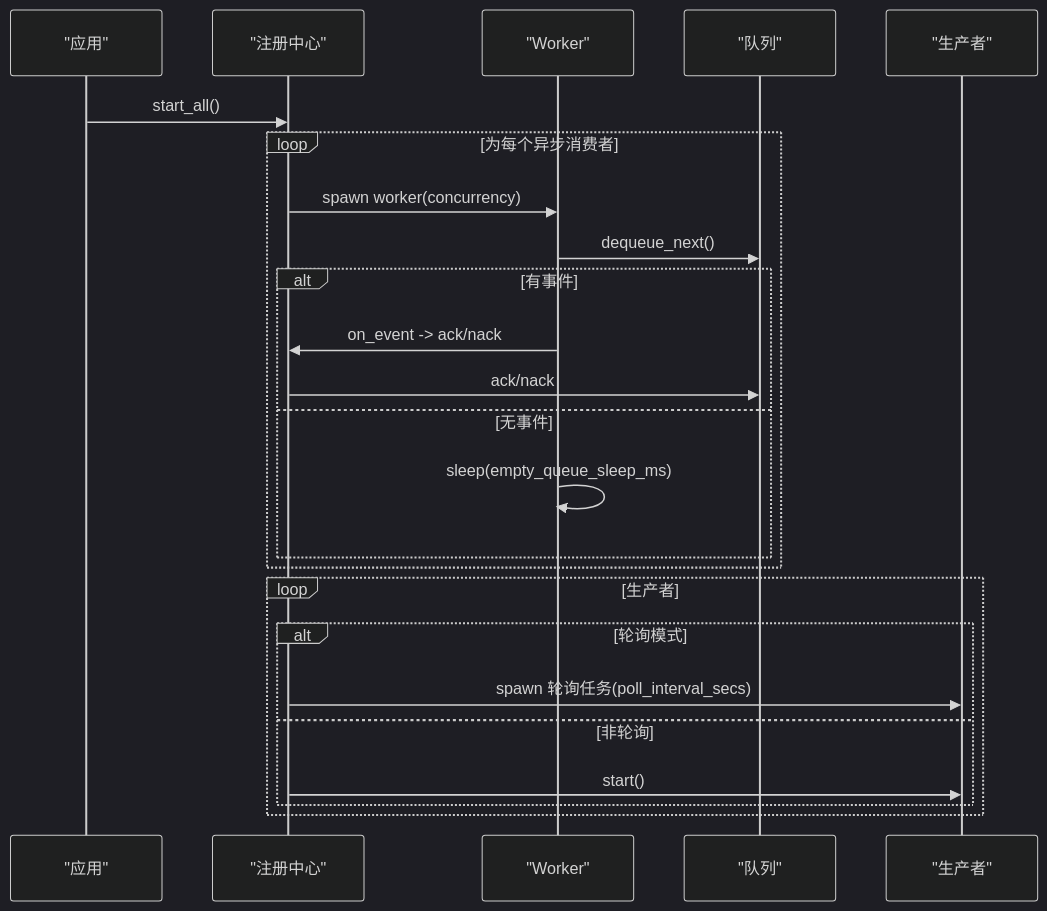
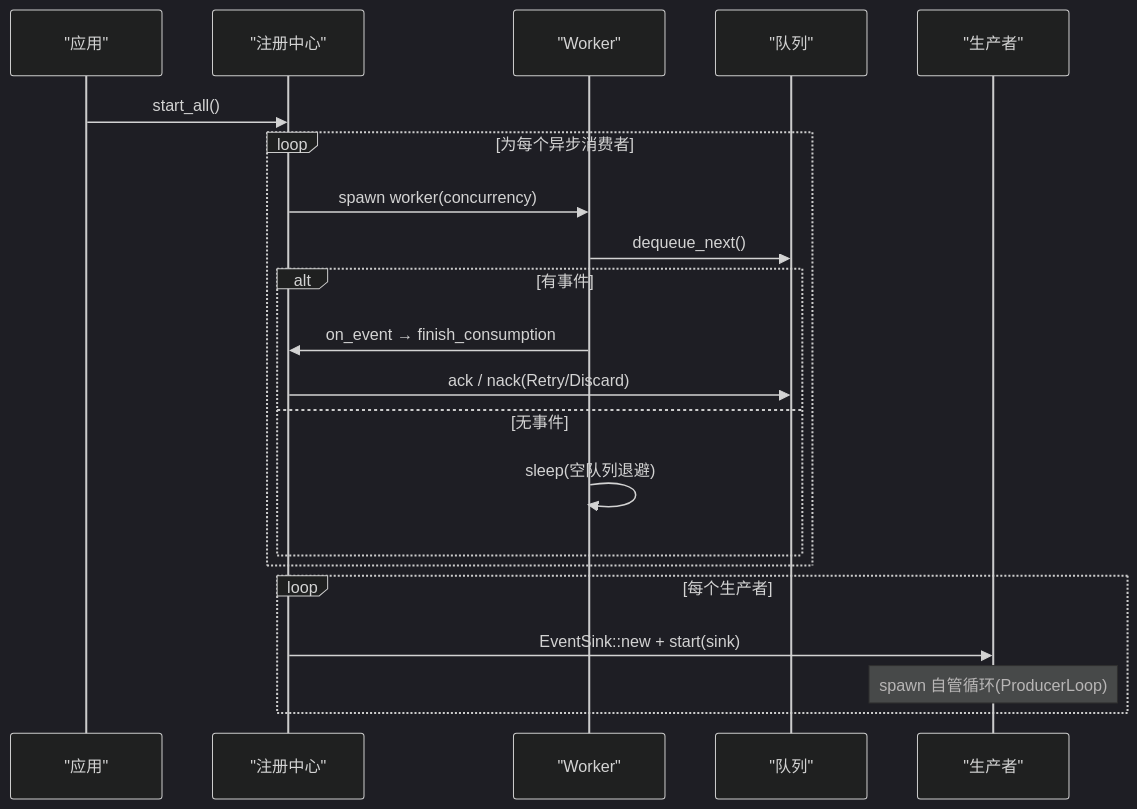
The sixth of 8 diagrams in docs/wiki/zh/content/核心模块/AOP 事件系统/事件队列系统/事件调度器.md (runningcoders/ai_orz), drawn with Mermaid (dark theme) before and after one commit. The commit also changed other lines of this file and 37 other files, not shown here.

````diff
--- a/docs/wiki/zh/content/核心模块/AOP 事件系统/事件队列系统/事件调度器.md
+++ b/docs/wiki/zh/content/核心模块/AOP 事件系统/事件队列系统/事件调度器.md
@@ -225,26 +236,23 @@
 ```mermaid
 sequenceDiagram
 participant App as "应用"
 participant Reg as "注册中心"
 participant W as "Worker"
 participant Q as "队列"
 participant P as "生产者"
 App->>Reg : start_all()
 loop 为每个异步消费者
 Reg->>W : spawn worker(concurrency)
 W->>Q : dequeue_next()
 alt 有事件
-W->>Reg : on_event -> ack/nack
-Reg->>Q : ack/nack
+W->>Reg : on_event → finish_consumption
+Reg->>Q : ack / nack(Retry/Discard)
 else 无事件
-W->>W : sleep(empty_queue_sleep_ms)
+W->>W : sleep(空队列退避)
 end
 end
-loop 生产者
-alt 轮询模式
-Reg->>P : spawn 轮询任务(poll_interval_secs)
-else 非轮询
-Reg->>P : start()
-end
+loop 每个生产者
+Reg->>P : EventSink::new + start(sink)
+Note over P : spawn 自管循环(ProducerLoop)
 end
 ```
````
